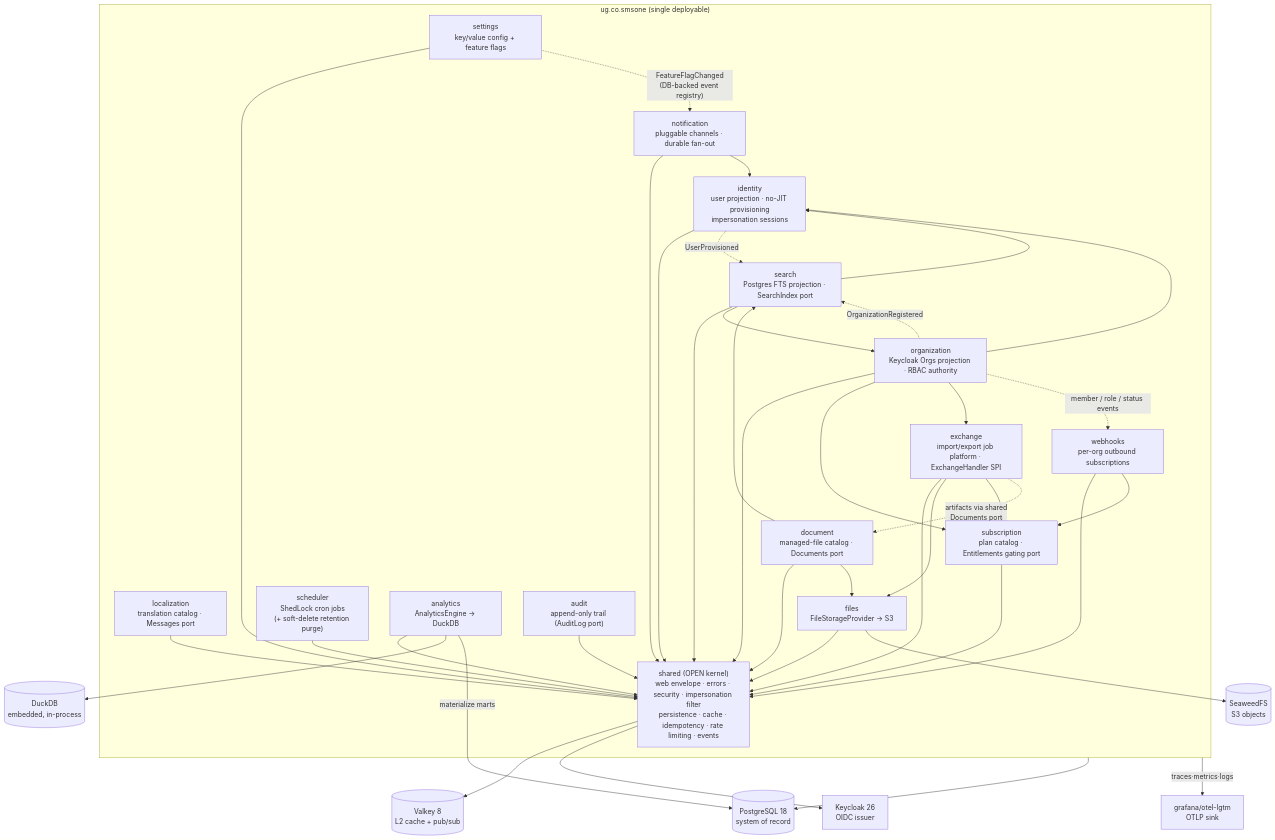
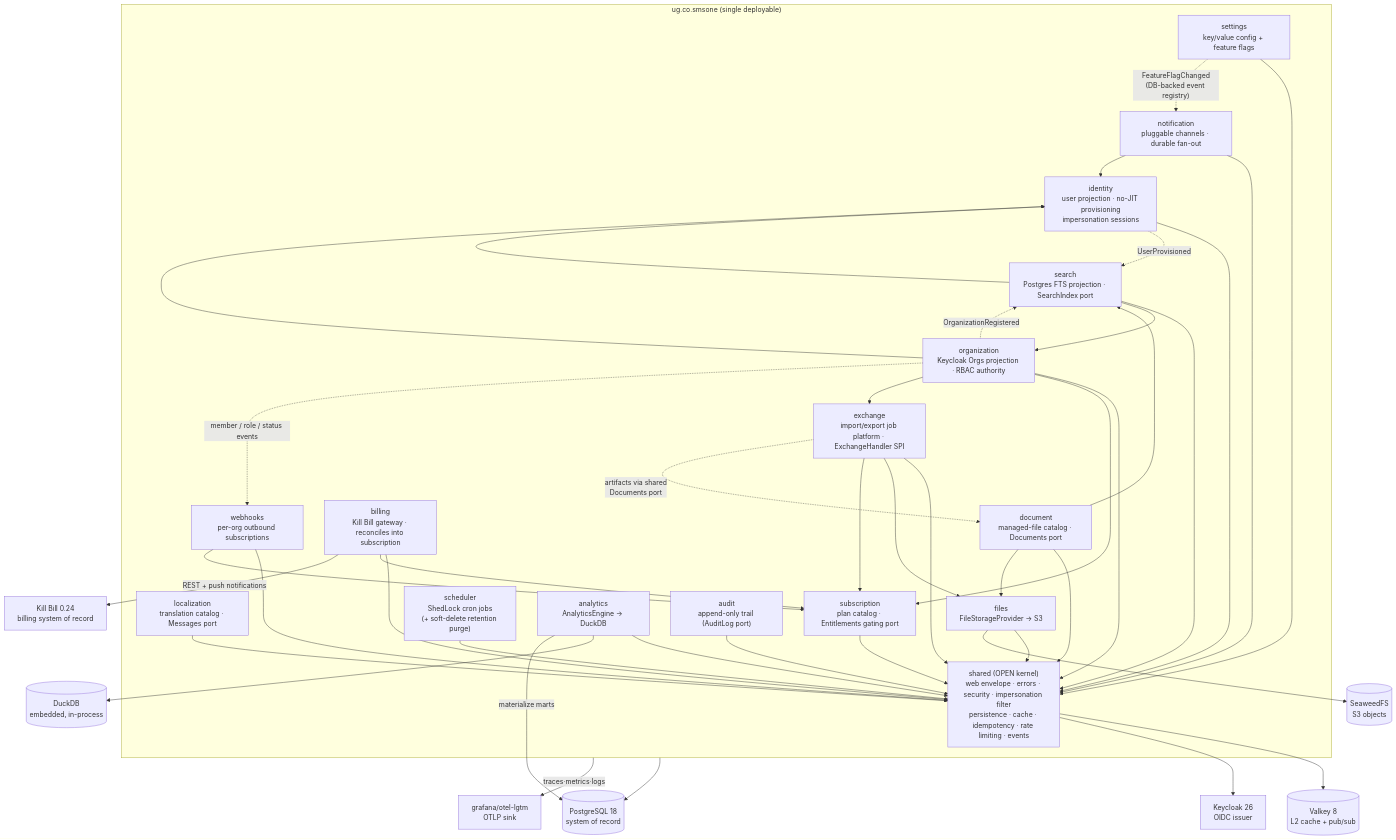
One commit to Paul-Ayesiga/enterprise-modulith-template changed the first of 2 diagrams in docs/ARCHITECTURE.md. Above: the diagram before and after it, drawn with Mermaid. The commit also changed 72 other files, not shown here.

First line of the commit message:
feat(billing): Kill Bill integration (V27) + the four open items closed

````diff
--- a/docs/ARCHITECTURE.md
+++ b/docs/ARCHITECTURE.md
@@ -13,68 +13,73 @@
 ```mermaid
 flowchart TB
     subgraph app["ug.co.smsone (single deployable)"]
         shared["shared (OPEN kernel)\nweb envelope · errors · security · impersonation filter\npersistence · cache · idempotency · rate limiting · events"]
         settings["settings\nkey/value config + feature flags"]
         localization["localization\ntranslation catalog · Messages port"]
         search["search\nPostgres FTS projection · SearchIndex port"]
         document["document\nmanaged-file catalog · Documents port"]
         exchange["exchange\nimport/export job platform · ExchangeHandler SPI"]
         subscription["subscription\nplan catalog · Entitlements gating port"]
+        billing["billing\nKill Bill gateway · reconciles into subscription"]
         files["files\nFileStorageProvider → S3"]
         scheduler["scheduler\nShedLock cron jobs\n(+ soft-delete retention purge)"]
         analytics["analytics\nAnalyticsEngine → DuckDB"]
         notification["notification\npluggable channels · durable fan-out"]
         identity["identity\nuser projection · no-JIT provisioning\nimpersonation sessions"]
         organization["organization\nKeycloak Orgs projection · RBAC authority"]
         audit["audit\nappend-only trail (AuditLog port)"]
         webhooks["webhooks\nper-org outbound subscriptions"]
     end
 
     settings --> shared
     localization --> shared
     files --> shared
     scheduler --> shared
     analytics --> shared
     notification --> shared
     identity --> shared
     organization --> shared
     audit --> shared
     webhooks --> shared
 
     organization --> identity
     notification --> identity
     search --> shared
     search --> identity
     search --> organization
     document --> shared
     document --> files
     document --> search
     exchange --> shared
     exchange --> files
     subscription --> shared
+    billing --> shared
+    billing --> subscription
     organization --> subscription
     webhooks --> subscription
     exchange --> subscription
     organization --> exchange
     exchange -. "artifacts via shared\nDocuments port" .-> document
 
     settings -. "FeatureFlagChanged\n(DB-backed event registry)" .-> notification
     organization -. "member / role / status events" .-> webhooks
     organization -. "OrganizationRegistered" .-> search
     identity -. "UserProvisioned" .-> search
 
     postgres[("PostgreSQL 18\nsystem of record")]
     valkey[("Valkey 8\nL2 cache + pub/sub")]
     seaweed[("SeaweedFS\nS3 objects")]
     keycloak["Keycloak 26\nOIDC issuer"]
+    killbill["Kill Bill 0.24\nbilling system of record"]
     duckdb[("DuckDB\nembedded, in-process")]
     lgtm["grafana/otel-lgtm\nOTLP sink"]
 
     app --> postgres
     shared --> valkey
     files --> seaweed
     shared --> keycloak
     analytics --> duckdb
     analytics -- "materialize marts" --> postgres
+    billing -- "REST + push notifications" --> killbill
     app -- "traces·metrics·logs" --> lgtm
 ```
````
